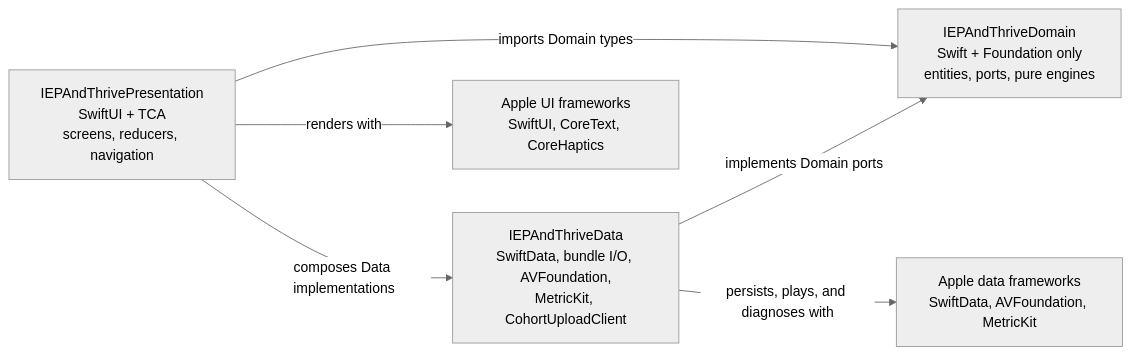
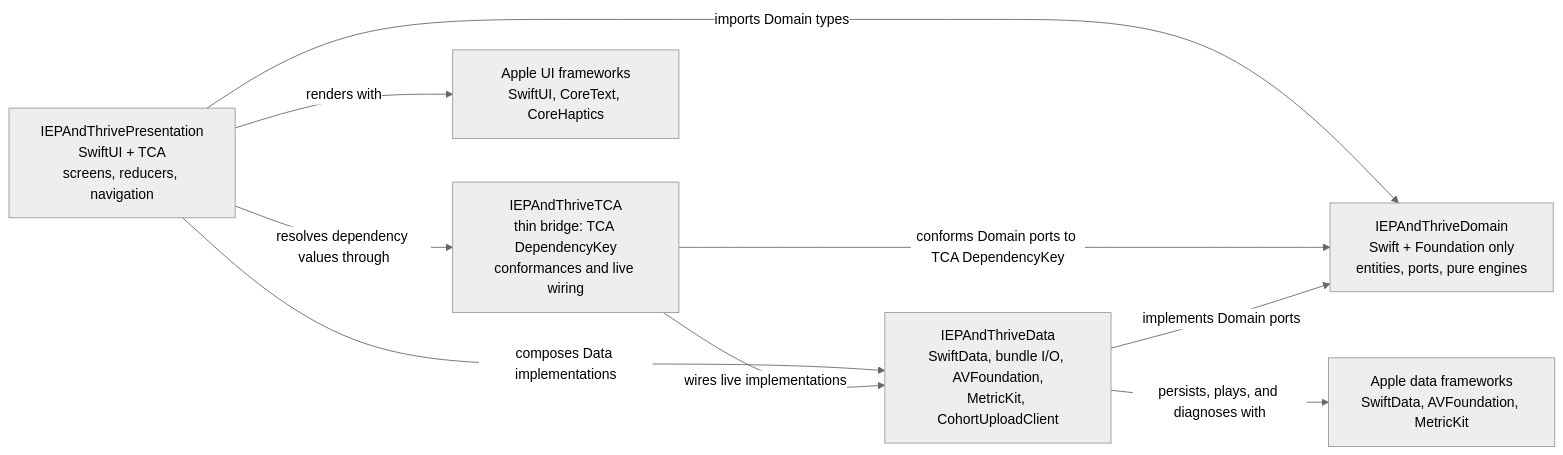
The first of 2 diagrams in docs/architecture/ios-client-architecture.md (Cure-Consulting-Group/iep-and-thrive), drawn with Mermaid (neutral theme) before and after one commit. The commit also changed other lines of this file and 5 other files, not shown here.

````diff
--- a/docs/architecture/ios-client-architecture.md
+++ b/docs/architecture/ios-client-architecture.md
@@ -13,14 +15,18 @@
 ```mermaid
 flowchart LR
     Presentation["IEPAndThrivePresentation<br/>SwiftUI + TCA<br/>screens, reducers, navigation"]
     Data["IEPAndThriveData<br/>SwiftData, bundle I/O, AVFoundation,<br/>MetricKit, CohortUploadClient"]
     Domain["IEPAndThriveDomain<br/>Swift + Foundation only<br/>entities, ports, pure engines"]
+    Bridge["IEPAndThriveTCA<br/>thin bridge: TCA DependencyKey<br/>conformances and live wiring"]
     AppleUI["Apple UI frameworks<br/>SwiftUI, CoreText, CoreHaptics"]
     AppleData["Apple data frameworks<br/>SwiftData, AVFoundation, MetricKit"]
 
     Presentation -->|"imports Domain types"| Domain
     Presentation -->|"composes Data implementations"| Data
+    Presentation -->|"resolves dependency values through"| Bridge
+    Bridge -->|"conforms Domain ports to TCA DependencyKey"| Domain
+    Bridge -->|"wires live implementations"| Data
     Presentation -->|"renders with"| AppleUI
     Data -->|"implements Domain ports"| Domain
     Data -->|"persists, plays, and diagnoses with"| AppleData
 ```
````
